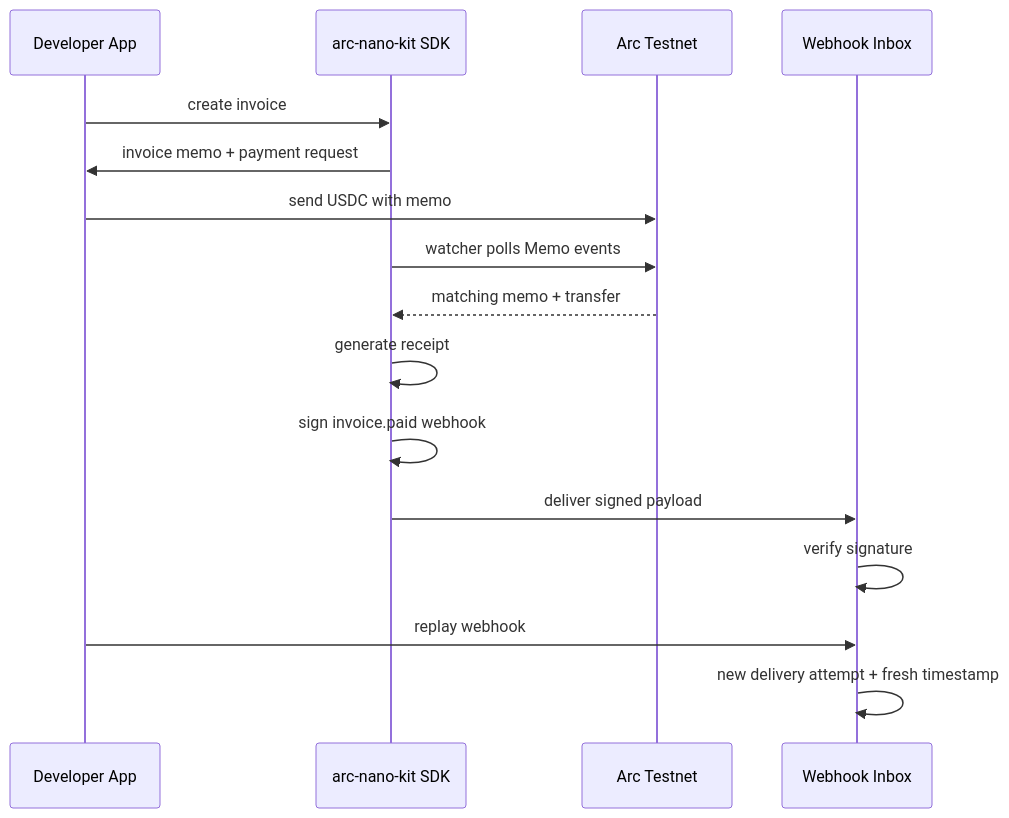
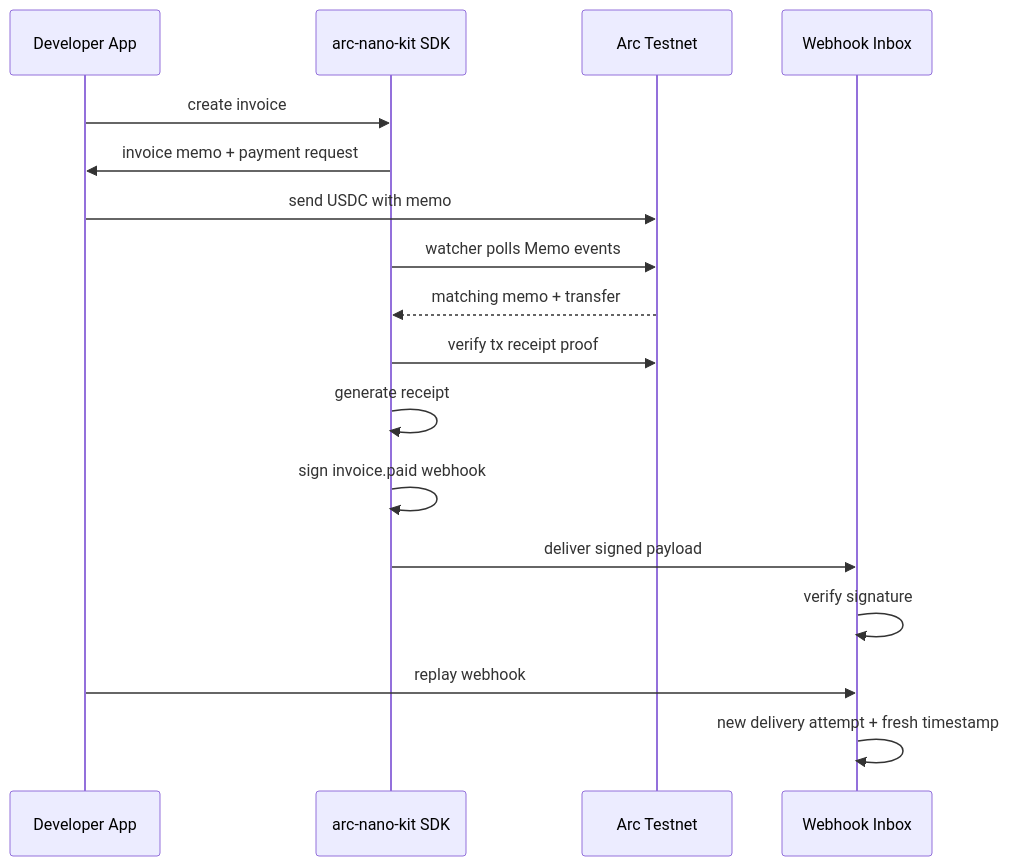
Before and after one commit to horn111/arc-nano-kit: the diagram in README.md, drawn with Mermaid. The commit also changed other lines of this file and 19 other files, not shown here.

Commit message:
Add Arc Testnet proof mode

````diff
--- a/README.md
+++ b/README.md
@@ -107,19 +108,20 @@
 ```mermaid
 sequenceDiagram
     participant App as Developer App
     participant SDK as arc-nano-kit SDK
     participant Arc as Arc Testnet
     participant Inbox as Webhook Inbox
 
     App->>SDK: create invoice
     SDK->>App: invoice memo + payment request
     App->>Arc: send USDC with memo
     SDK->>Arc: watcher polls Memo events
     Arc-->>SDK: matching memo + transfer
+    SDK->>Arc: verify tx receipt proof
     SDK->>SDK: generate receipt
     SDK->>SDK: sign invoice.paid webhook
     SDK->>Inbox: deliver signed payload
     Inbox->>Inbox: verify signature
     App->>Inbox: replay webhook
     Inbox->>Inbox: new delivery attempt + fresh timestamp
 ```
````
